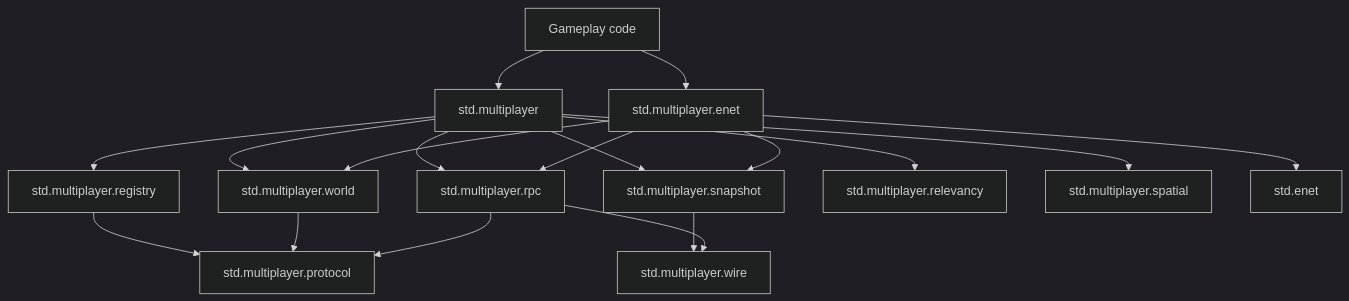
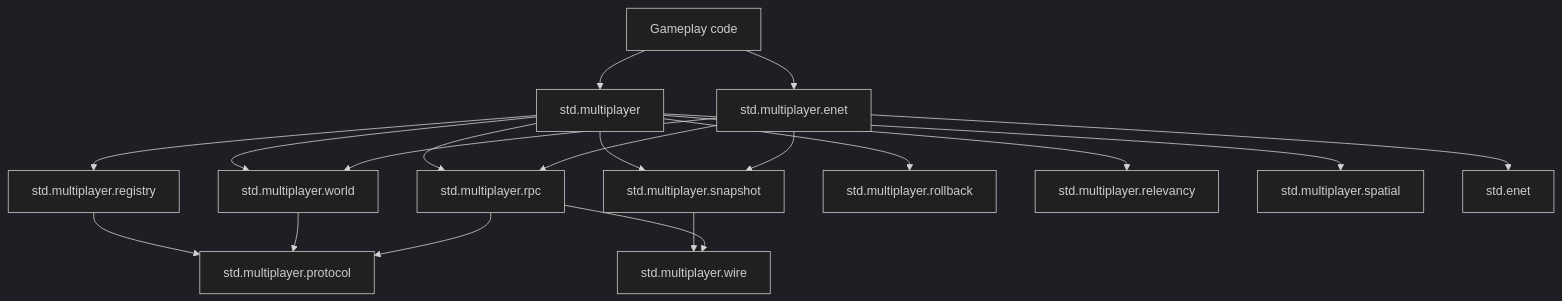
One commit to teefan/mt-lang changed the diagram in docs/multiplayer-standard-library.md. Above: the diagram before and after it, drawn with Mermaid (dark theme). The commit also changed other lines of this file and 20 other files, not shown here.

First line of the commit message:
Implement rollback history for multiplayer state management

````diff
--- a/docs/multiplayer-standard-library.md
+++ b/docs/multiplayer-standard-library.md
@@ -10,33 +10,35 @@
 ```mermaid
 flowchart TD
     gameplay[Gameplay code]
     root[std.multiplayer]
     enet_backend[std.multiplayer.enet]
     registry[std.multiplayer.registry]
     world[std.multiplayer.world]
     rpc[std.multiplayer.rpc]
     snapshot[std.multiplayer.snapshot]
+    rollback[std.multiplayer.rollback]
     relevancy[std.multiplayer.relevancy]
     spatial[std.multiplayer.spatial]
     wire[std.multiplayer.wire]
     protocol[std.multiplayer.protocol]
     std_enet[std.enet]
 
     gameplay --> root
     gameplay --> enet_backend
     root --> registry
     root --> world
     root --> rpc
     root --> snapshot
+    root --> rollback
     root --> relevancy
     root --> spatial
     snapshot --> wire
     rpc --> wire
     enet_backend --> std_enet
     enet_backend --> world
     enet_backend --> rpc
     enet_backend --> snapshot
     registry --> protocol
     world --> protocol
     rpc --> protocol
 ```
````
